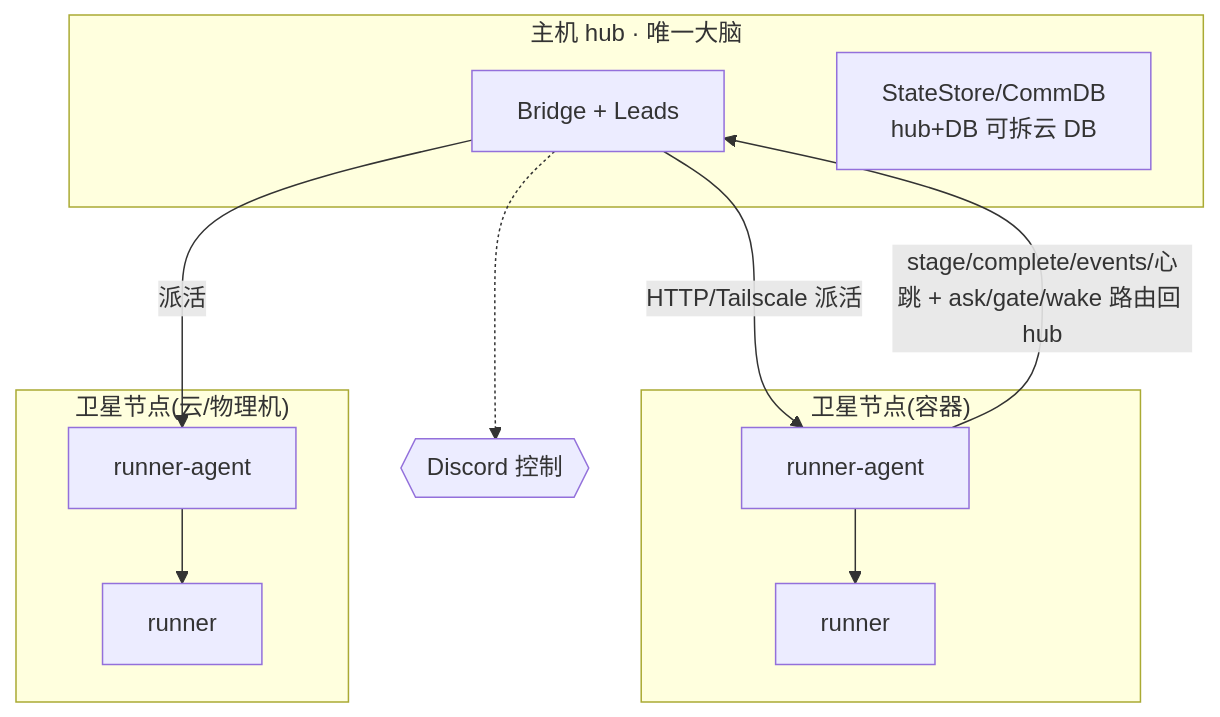
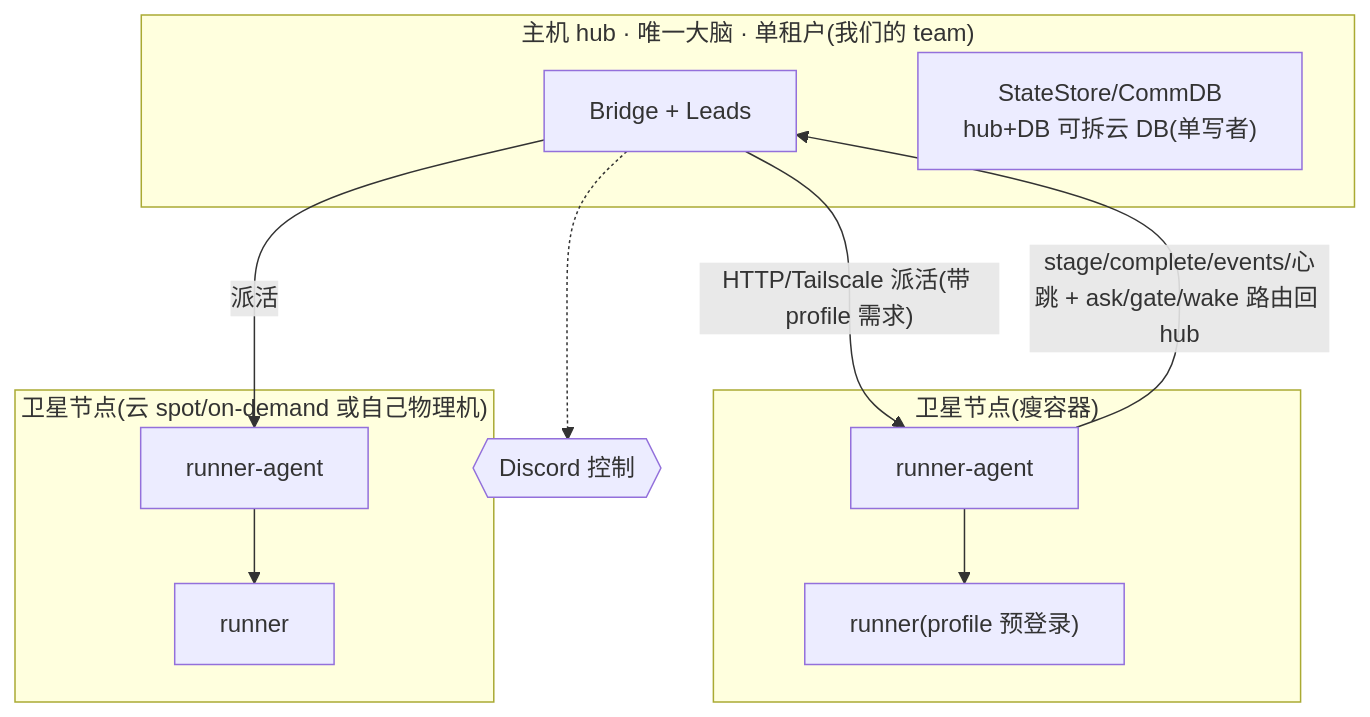
The fifth of 8 diagrams in engineering/doc/FLY-1005-multi-machine/prd.md (xrliAnnie/flywheel-qa-sandbox), drawn with Mermaid before and after one commit. The commit also changed other lines of this file, not shown here.

````diff
--- a/engineering/doc/FLY-1005-multi-machine/prd.md
+++ b/engineering/doc/FLY-1005-multi-machine/prd.md
@@ -51,18 +167,18 @@
 ```mermaid
 flowchart TB
-  subgraph HUB["主机 hub · 唯一大脑"]
+  subgraph HUB["主机 hub · 唯一大脑 · 单租户(我们的 team)"]
     BR["Bridge + Leads"]
-    DB["StateStore/CommDB<br/>hub+DB 可拆云 DB"]
+    DB["StateStore/CommDB<br/>hub+DB 可拆云 DB(单写者)"]
   end
-  subgraph N1["卫星节点(容器)"]
-    RA1["runner-agent"] --> RN1["runner"]
+  subgraph N1["卫星节点(瘦容器)"]
+    RA1["runner-agent"] --> RN1["runner(profile 预登录)"]
   end
-  subgraph N2["卫星节点(云/物理机)"]
+  subgraph N2["卫星节点(云 spot/on-demand 或自己物理机)"]
     RA2["runner-agent"] --> RN2["runner"]
   end
-  BR -->|"HTTP/Tailscale 派活"| RA1
+  BR -->|"HTTP/Tailscale 派活(带 profile 需求)"| RA1
   BR -->|"派活"| RA2
   RA1 -->|"stage/complete/events/心跳 + ask/gate/wake 路由回 hub"| BR
   DISC{{"Discord 控制"}}
   BR -.-> DISC
 ```
````
